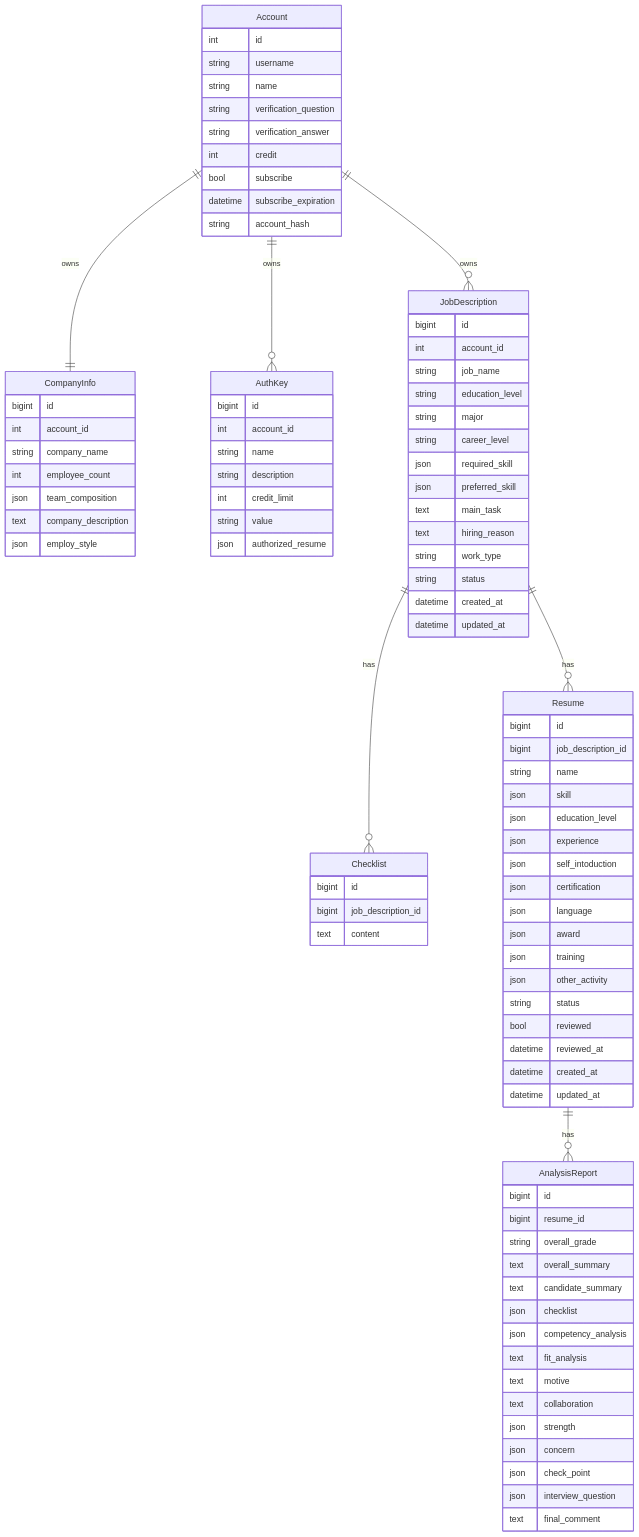
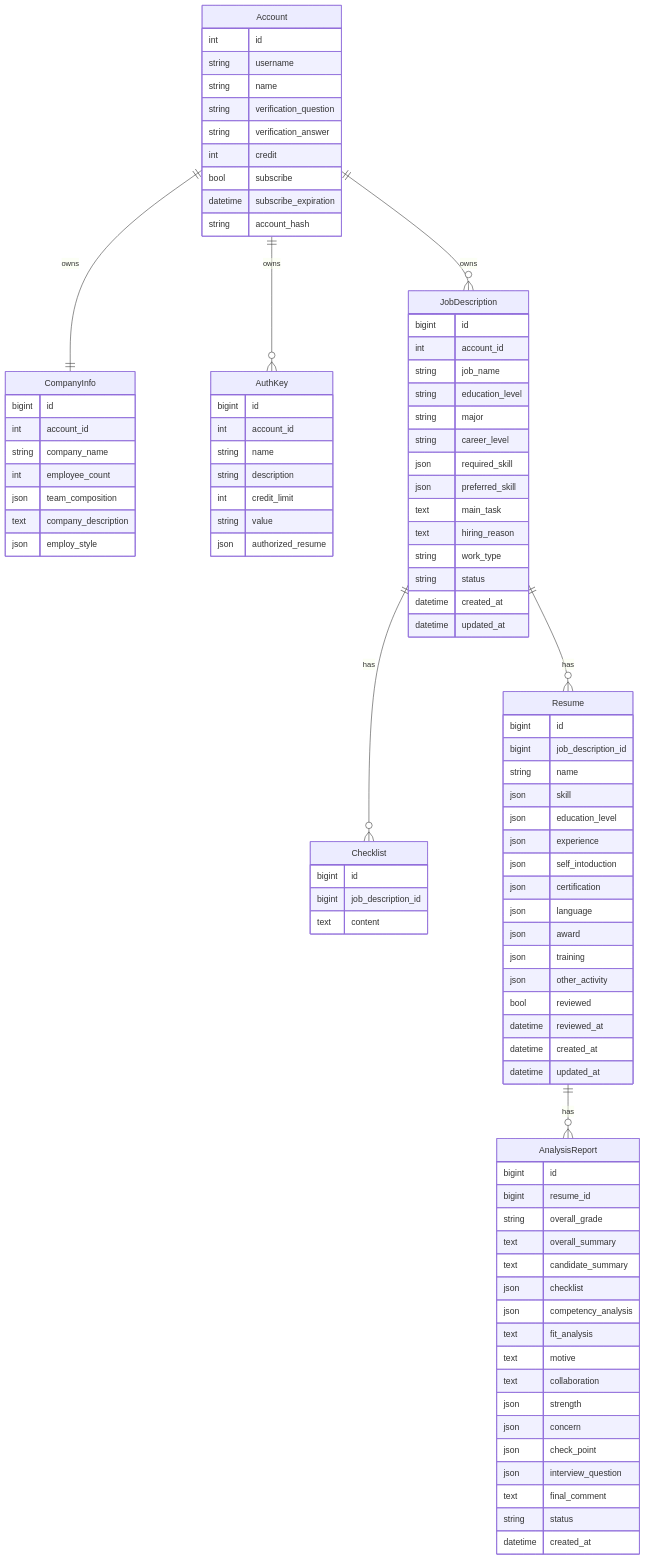
Before and after one commit to SKN26-Final-1st/Final_project: the diagram in docs/05-database/schema-and-erd.md, drawn with Mermaid. The commit also changed other lines of this file and 5 other files, not shown here.

````diff
--- a/docs/05-database/schema-and-erd.md
+++ b/docs/05-database/schema-and-erd.md
@@ -81,7 +81,6 @@
     json award
     json training
     json other_activity
-    string status
     bool reviewed
     datetime reviewed_at
     datetime created_at
@@ -104,5 +103,7 @@
     json check_point
     json interview_question
     text final_comment
+    string status
+    datetime created_at
   }
 ```
````
